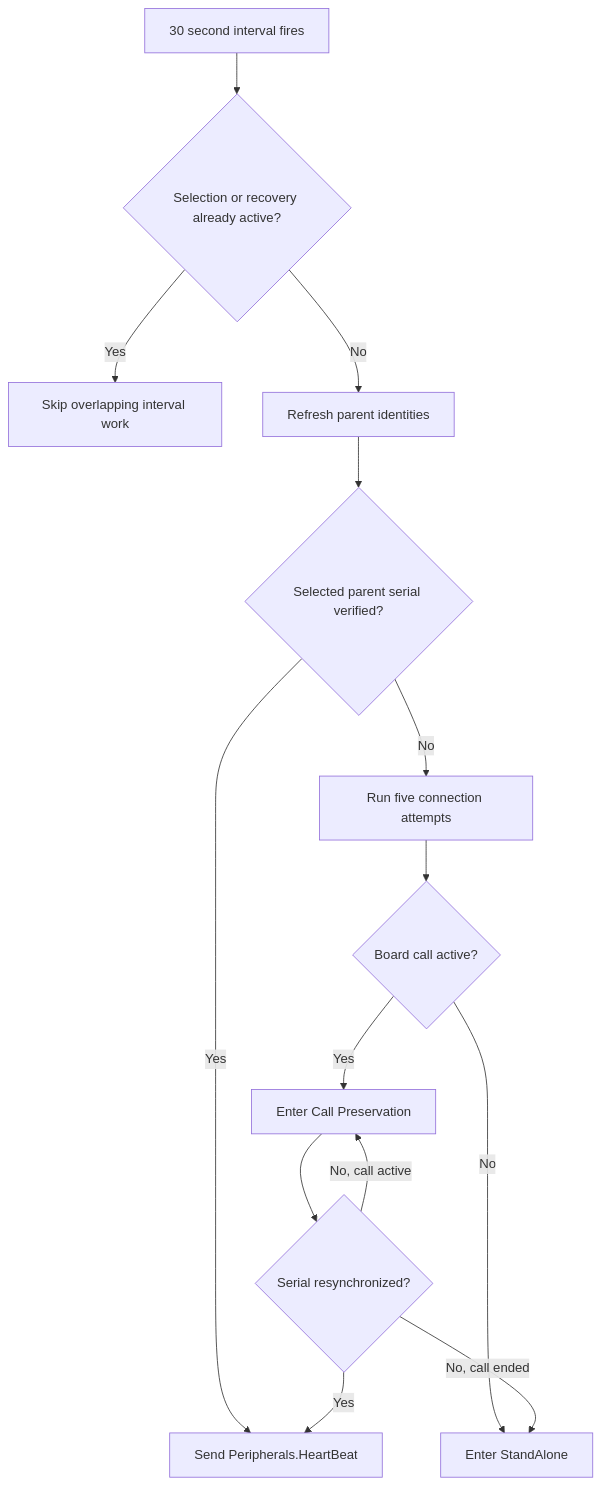
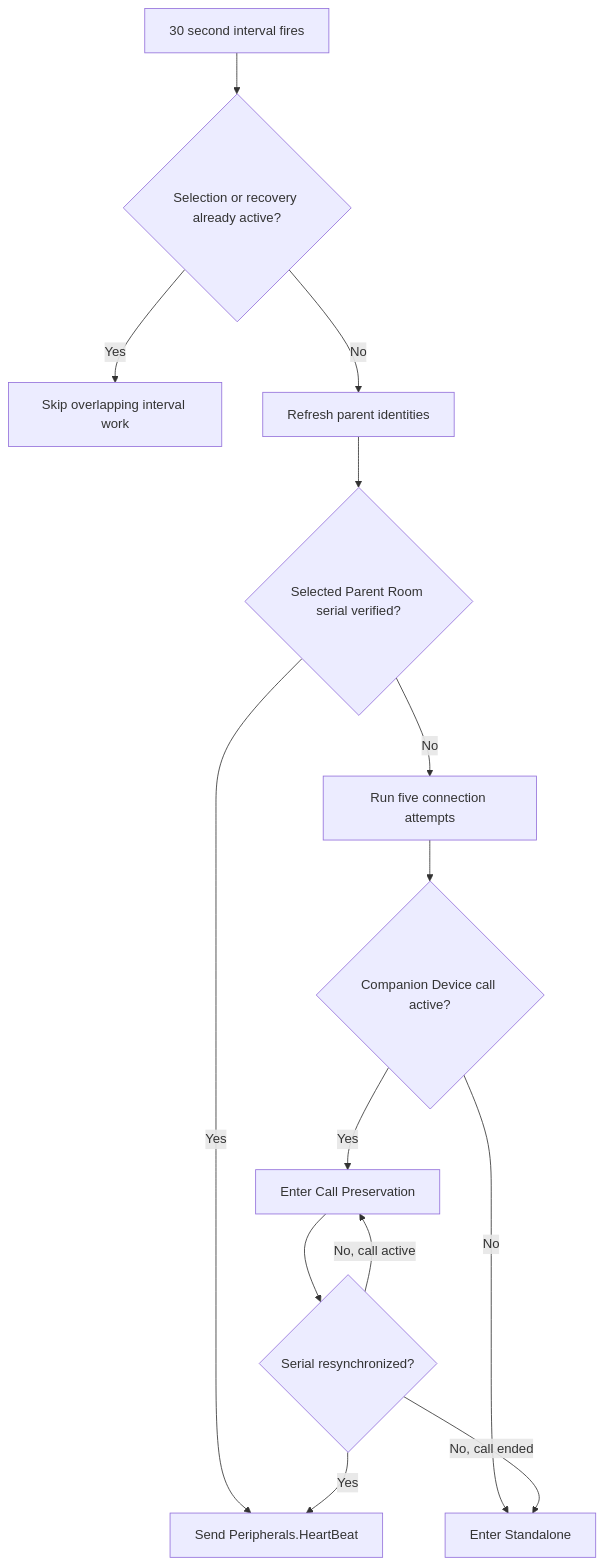
The sixth of 8 diagrams in README.md (ctg-tme/Custom_Companion_2026), drawn with Mermaid before and after one commit. The commit also changed other lines of this file and 42 other files, not shown here.

````diff
--- a/README.md
+++ b/README.md
@@ -237,16 +239,16 @@
 ```mermaid
 flowchart TD
 	A[30 second interval fires] --> B{Selection or recovery already active?}
 	B -- Yes --> C[Skip overlapping interval work]
 	B -- No --> D[Refresh parent identities]
-	D --> E{Selected parent serial verified?}
+	D --> E{Selected Parent Room serial verified?}
 	E -- Yes --> F[Send Peripherals.HeartBeat]
 	E -- No --> G[Run five connection attempts]
-	G --> H{Board call active?}
-	H -- No --> I[Enter StandAlone]
+	G --> H{Companion Device call active?}
+	H -- No --> I[Enter Standalone]
 	H -- Yes --> J[Enter Call Preservation]
 	J --> K{Serial resynchronized?}
 	K -- Yes --> F
 	K -- No, call ended --> I
 	K -- No, call active --> J
 ```
````
